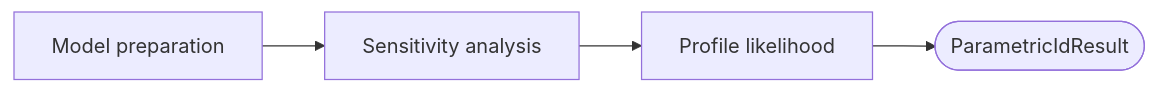
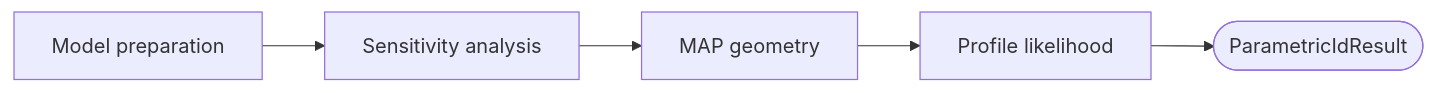
Before and after one commit to ma9o/causal-ssm-agent: the diagram in docs/pipeline/04b-parametric-identifiability.md, drawn with Mermaid. The commit also changed other lines of this file and 5 other files, not shown here.

First line of the commit message:
Orchestrate MAP geometry inside Stage 4b parametric identifiability

````diff
--- a/docs/pipeline/04b-parametric-identifiability.md
+++ b/docs/pipeline/04b-parametric-identifiability.md
@@ -22,4 +22,4 @@
 ```mermaid
 flowchart LR
-    M[Model preparation] --> S[Sensitivity analysis] --> P[Profile likelihood] --> R([ParametricIdResult])
+    M[Model preparation] --> S[Sensitivity analysis] --> G[MAP geometry] --> P[Profile likelihood] --> R([ParametricIdResult])
 ```
````
